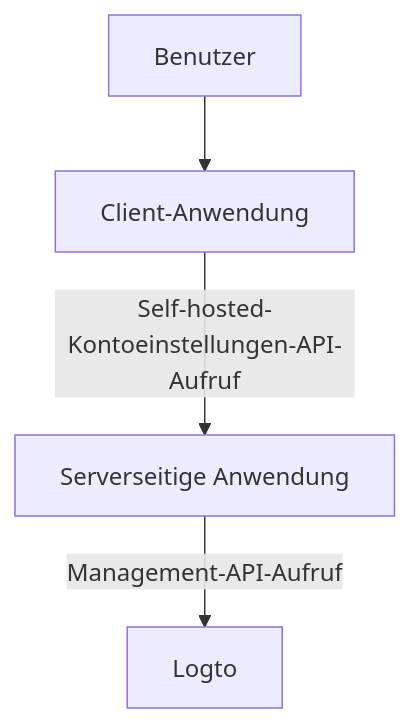
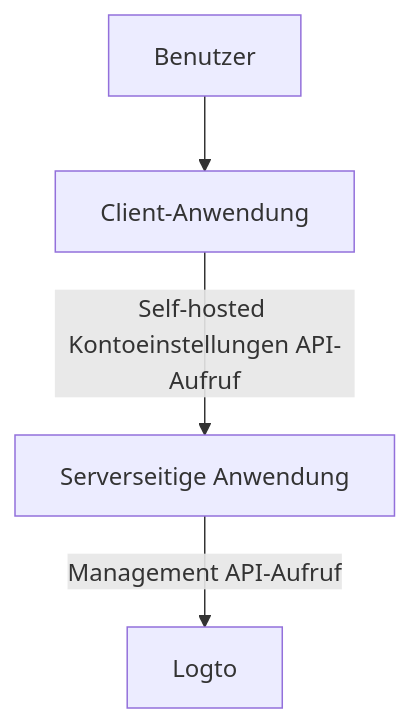
One commit to logto-io/docs changed the first of 3 diagrams in i18n/de/docusaurus-plugin-content-docs/current/end-user-flows/account-settings/by-management-api.mdx. Above: the diagram before and after it, drawn with Mermaid. The commit also changed other lines of this file and 74 other files, not shown here.

````diff
--- a/i18n/de/docusaurus-plugin-content-docs/current/end-user-flows/account-settings/by-management-api.mdx
+++ b/i18n/de/docusaurus-plugin-content-docs/current/end-user-flows/account-settings/by-management-api.mdx
@@ -13,7 +13,7 @@
 ```mermaid
   graph TB
     A[Benutzer]
     --> B[Client-Anwendung]
-    B -->|Self-hosted-Kontoeinstellungen-API-Aufruf|C[Serverseitige Anwendung]
-    C -->|Management-API-Aufruf| D[Logto]
+    B -->|Self-hosted Kontoeinstellungen API-Aufruf|C[Serverseitige Anwendung]
+    C -->|Management API-Aufruf| D[Logto]
 ```
````
